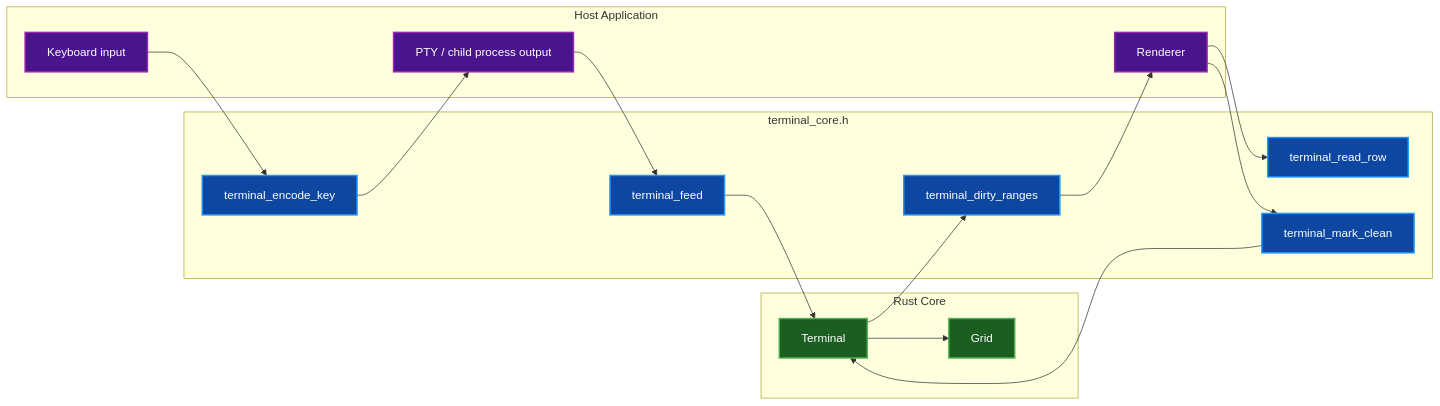
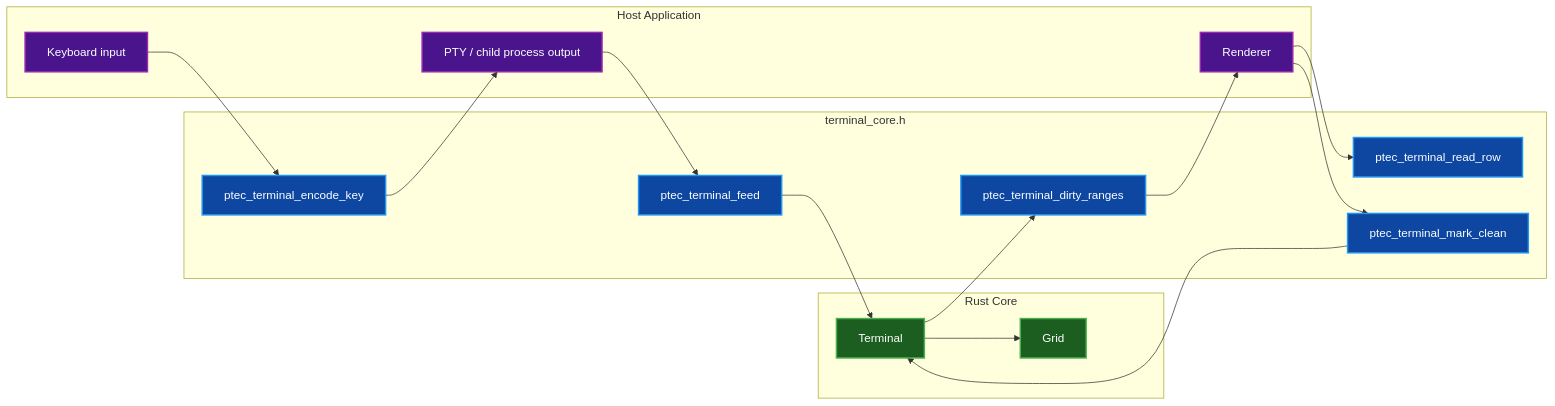
Before and after one commit to paulrobello/par-term-emu-core-rust: the first of 2 diagrams in docs/FFI_GUIDE.md, drawn with Mermaid. The commit also changed other lines of this file and 19 other files, not shown here.

````diff
--- a/docs/FFI_GUIDE.md
+++ b/docs/FFI_GUIDE.md
@@ -26,33 +26,33 @@
 ```mermaid
 graph LR
     subgraph "Host Application"
         U[PTY / child process output]
         K[Keyboard input]
         R[Renderer]
     end
     subgraph "terminal_core.h"
-        F[terminal_feed]
-        D[terminal_dirty_ranges]
-        RD[terminal_read_row]
-        M[terminal_mark_clean]
-        E[terminal_encode_key]
+        F[ptec_terminal_feed]
+        D[ptec_terminal_dirty_ranges]
+        RD[ptec_terminal_read_row]
+        M[ptec_terminal_mark_clean]
+        E[ptec_terminal_encode_key]
     end
     subgraph "Rust Core"
         T[Terminal]
         G[Grid]
     end
 
     U --> F --> T
     T --> G
     T --> D --> R
     R --> RD
     R --> M --> T
     K --> E --> U
 
     classDef host fill:#4a148c,stroke:#9c27b0,stroke-width:2px,color:#ffffff
     classDef api fill:#0d47a1,stroke:#2196f3,stroke-width:2px,color:#ffffff
     classDef core fill:#1b5e20,stroke:#4caf50,stroke-width:2px,color:#ffffff
     class U,K,R host
     class F,D,RD,M,E api
     class T,G core
 ```
````
